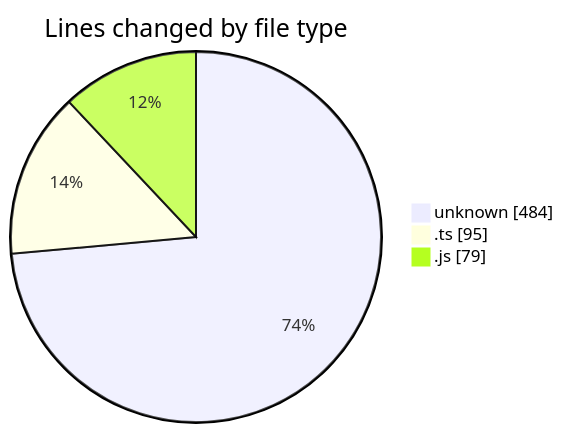
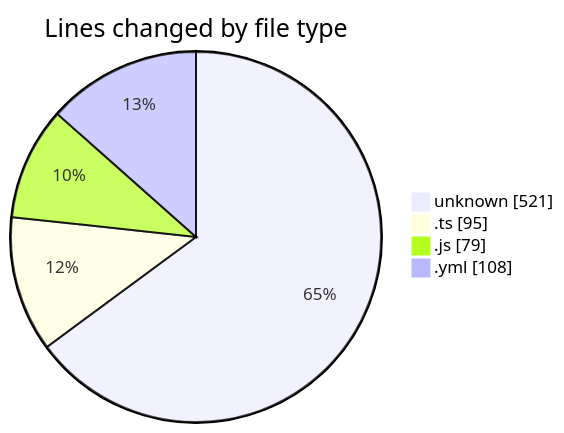
The first of 2 diagrams in 2025-05-17/niten/README.md (Elitesun/code-tracking), drawn with Mermaid before and after one commit. The commit also changed other lines of this file and 1 other file, not shown here.

````diff
--- a/2025-05-17/niten/README.md
+++ b/2025-05-17/niten/README.md
@@ -24,7 +25,8 @@
 ```mermaid
 pie showData
 title Lines changed by file type
-"unknown" : 484
+"unknown" : 521
 ".ts" : 95
 ".js" : 79
+".yml" : 108
 ```
````
